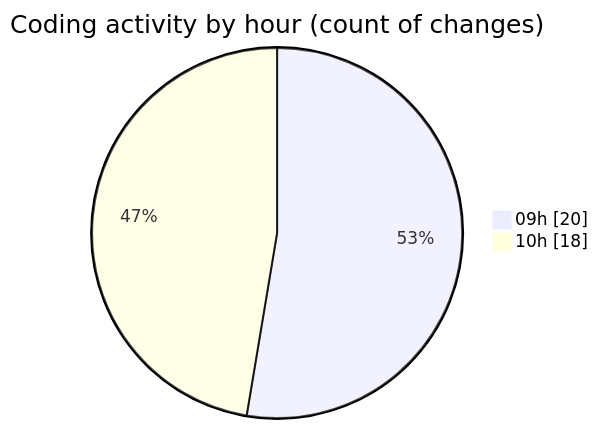
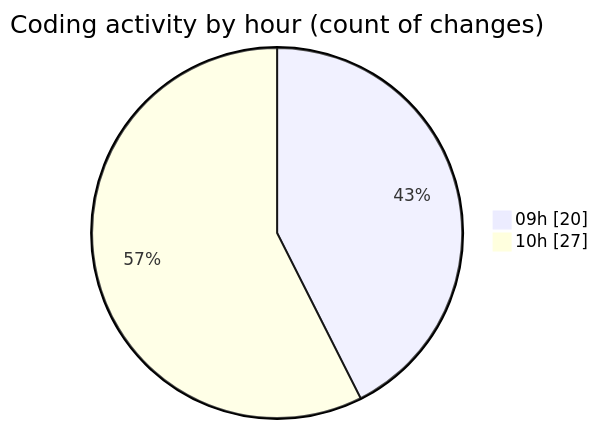
Before and after one commit to CELIANVF/code-tracking: the second of 2 diagrams in 2025-06-06/ecodeli-1/README.md, drawn with Mermaid. The commit also changed other lines of this file and 1 other file, not shown here.

````diff
--- a/2025-06-06/ecodeli-1/README.md
+++ b/2025-06-06/ecodeli-1/README.md
@@ -45,6 +50,6 @@
 ```mermaid
 pie showData
 title Coding activity by hour (count of changes)
 "09h" : 20
-"10h" : 18
+"10h" : 27
 ```
````
